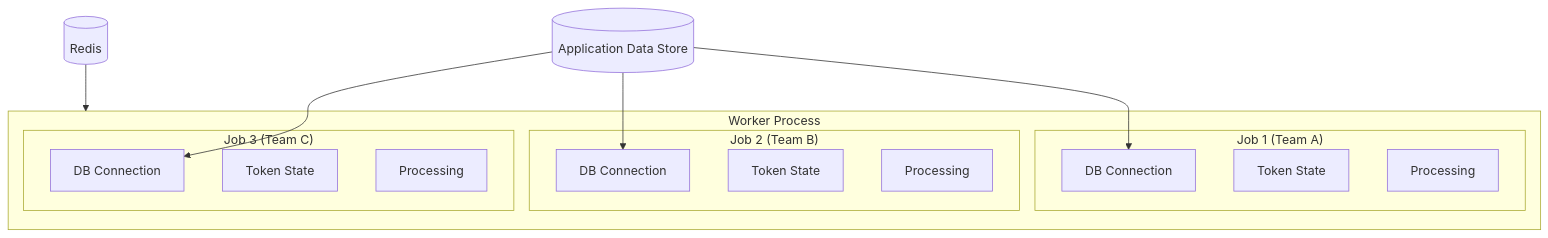
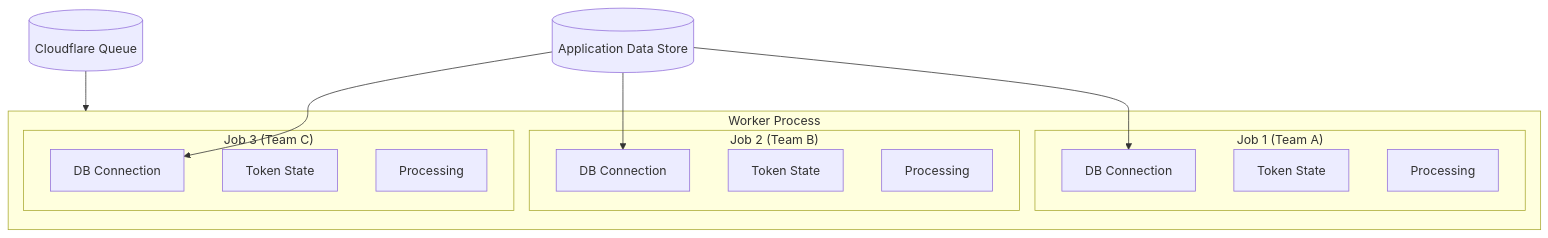
Diagram 11 of 14 in packages/accounting/ARCHITECTURE.md (fightingentropy/tamias), drawn with Mermaid before and after one commit. The commit also changed other lines of this file and 168 other files, not shown here.

Commit message:
Remove stale package exports and break architecture cycles

````diff
--- a/packages/accounting/ARCHITECTURE.md
+++ b/packages/accounting/ARCHITECTURE.md
@@ -328,27 +328,27 @@
 ```mermaid
 flowchart TB
     subgraph Worker["Worker Process"]
         subgraph Job1["Job 1 (Team A)"]
             DB1[DB Connection]
             TOK1[Token State]
             PROC1[Processing]
         end
         
         subgraph Job2["Job 2 (Team B)"]
             DB2[DB Connection]
             TOK2[Token State]
             PROC2[Processing]
         end
         
         subgraph Job3["Job 3 (Team C)"]
             DB3[DB Connection]
             TOK3[Token State]
             PROC3[Processing]
         end
     end
     
-    Redis[(Redis)] --> Worker
+    Queue[(Cloudflare Queue)] --> Worker
     DataStore[(Application Data Store)] --> DB1
     DataStore --> DB2
     DataStore --> DB3
 ```
````
